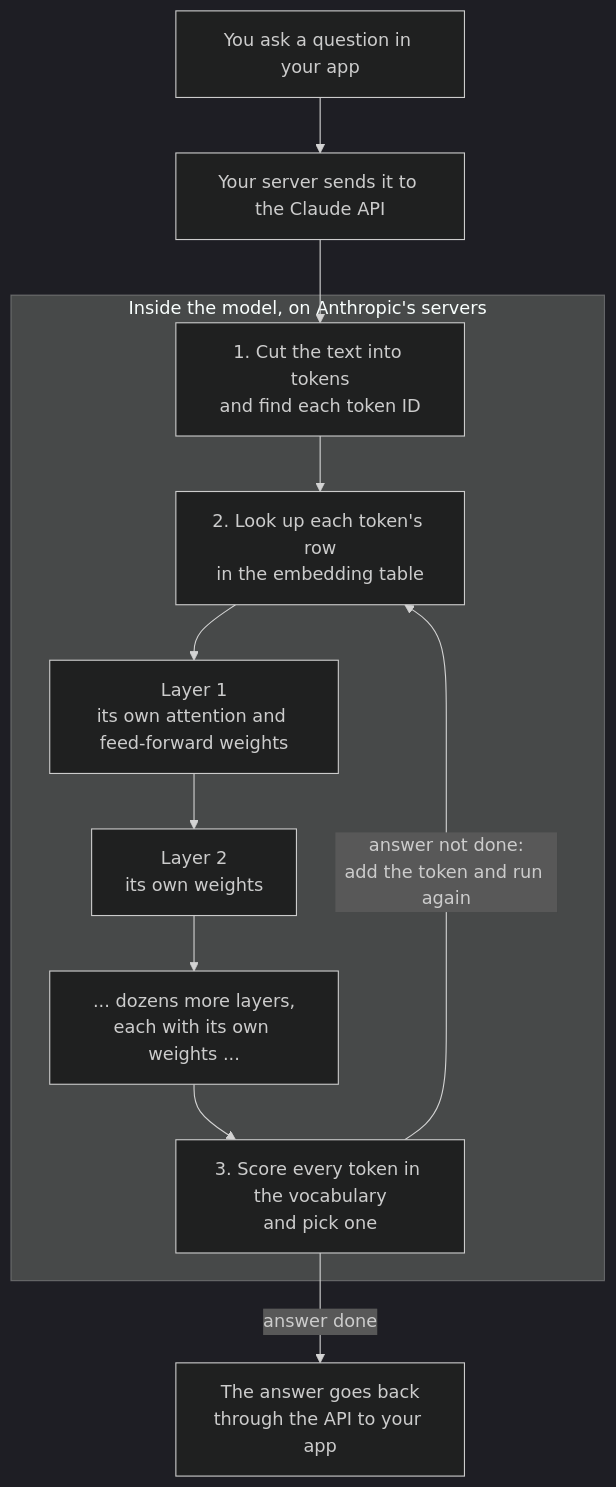
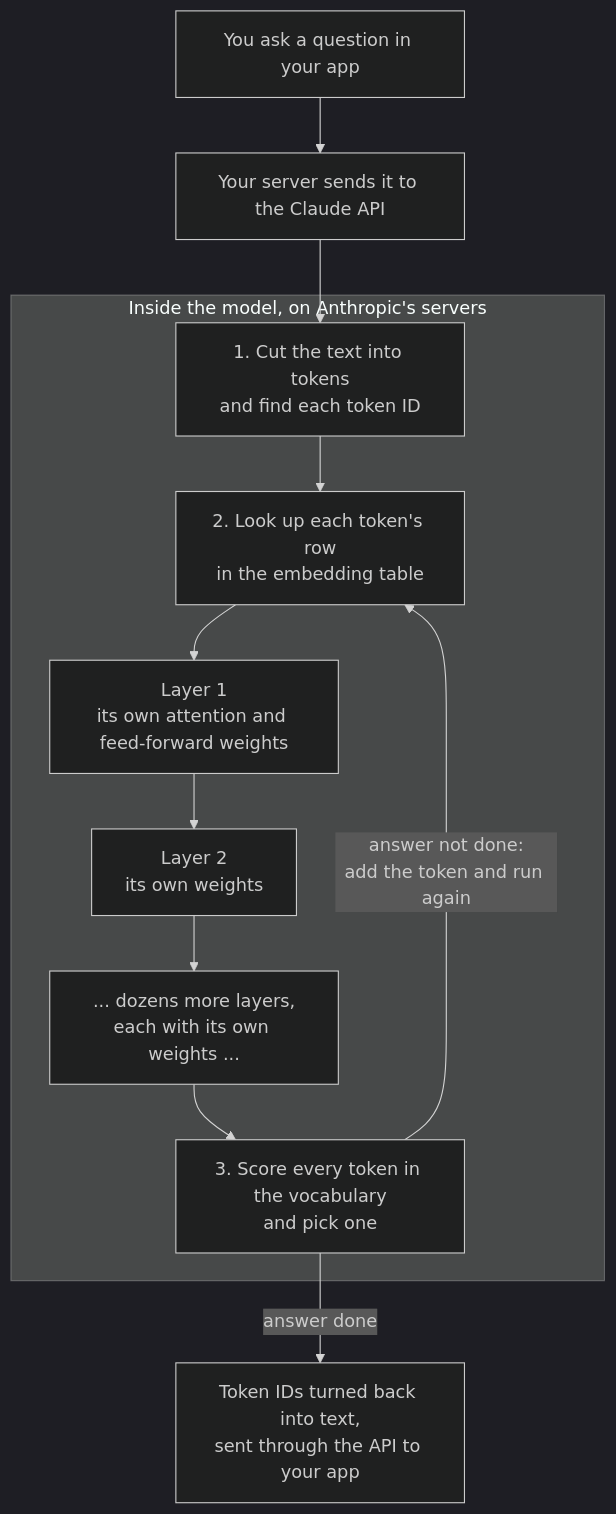
The first of 2 diagrams in 02_BuildingWithTheClaudeAPI/01-deep-dive-inside-the-model.md (nirajp82/ClaudeArchitectStudyGuide), drawn with Mermaid (dark theme) before and after one commit. The commit also changed other lines of this file, not shown here.

Commit message:
Make the model deep dive easier to read: In/Out blocks, step tracker, callouts, folded math, full flow, and .NET examples

````diff
--- a/02_BuildingWithTheClaudeAPI/01-deep-dive-inside-the-model.md
+++ b/02_BuildingWithTheClaudeAPI/01-deep-dive-inside-the-model.md
@@ -269,14 +316,14 @@
 ```mermaid
 flowchart TD
     Q[You ask a question in your app] --> API[Your server sends it to the Claude API]
     subgraph Model["Inside the model, on Anthropic's servers"]
         T[1. Cut the text into tokens<br/>and find each token ID] --> E[2. Look up each token's row<br/>in the embedding table]
         E --> L1[Layer 1<br/>its own attention and feed-forward weights]
         L1 --> L2[Layer 2<br/>its own weights]
         L2 --> LN[... dozens more layers,<br/>each with its own weights ...]
         LN --> S[3. Score every token in the vocabulary<br/>and pick one]
         S -->|answer not done:<br/>add the token and run again| E
     end
     API --> T
-    S -->|answer done| A[The answer goes back<br/>through the API to your app]
+    S -->|answer done| A[Token IDs turned back into text,<br/>sent through the API to your app]
 ```
````
